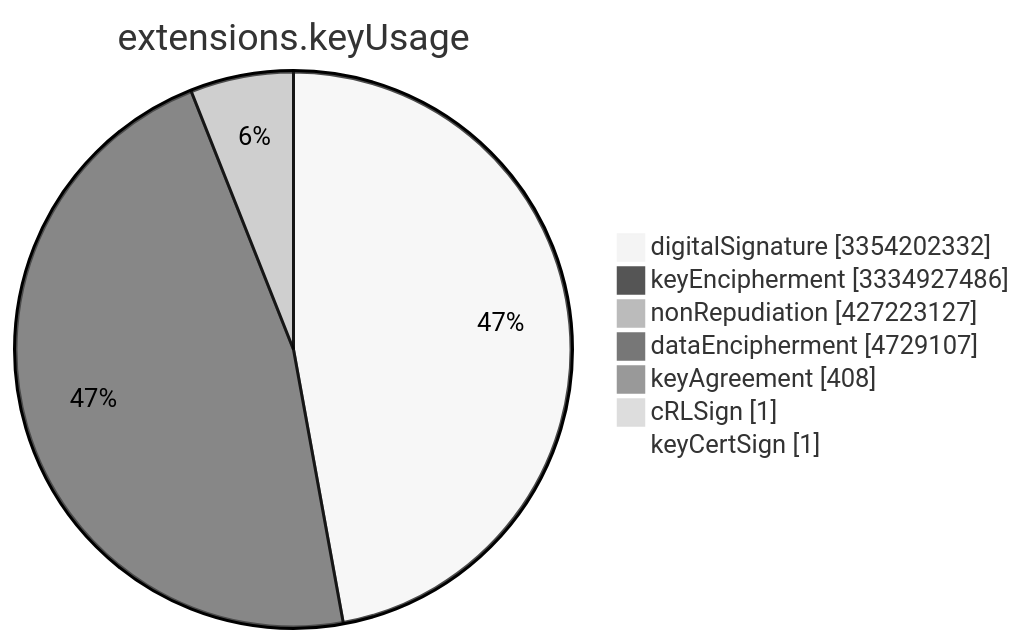
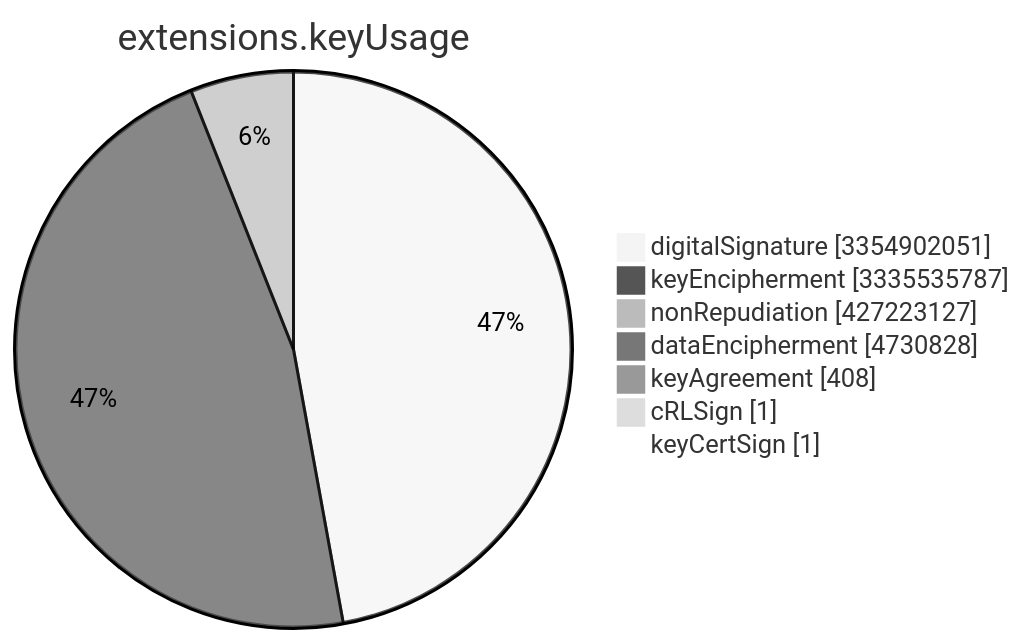
Before and after one commit to christiankrug/ctmonitor_visualization: the sixth of 15 diagrams in TOTAL/README.md, drawn with Mermaid (neutral theme). The commit also changed other lines of this file, not shown here.

````diff
--- a/TOTAL/README.md
+++ b/TOTAL/README.md
@@ -3079,11 +3079,11 @@
 ```mermaid
 pie showData
 title extensions.keyUsage
-"digitalSignature" :3354202332
-"keyEncipherment" :3334927486
+"digitalSignature" :3354902051
+"keyEncipherment" :3335535787
 "nonRepudiation" :427223127
-"dataEncipherment" :4729107
+"dataEncipherment" :4730828
 "keyAgreement" :408
 "cRLSign" :1
 "keyCertSign" :1
 ```
````
